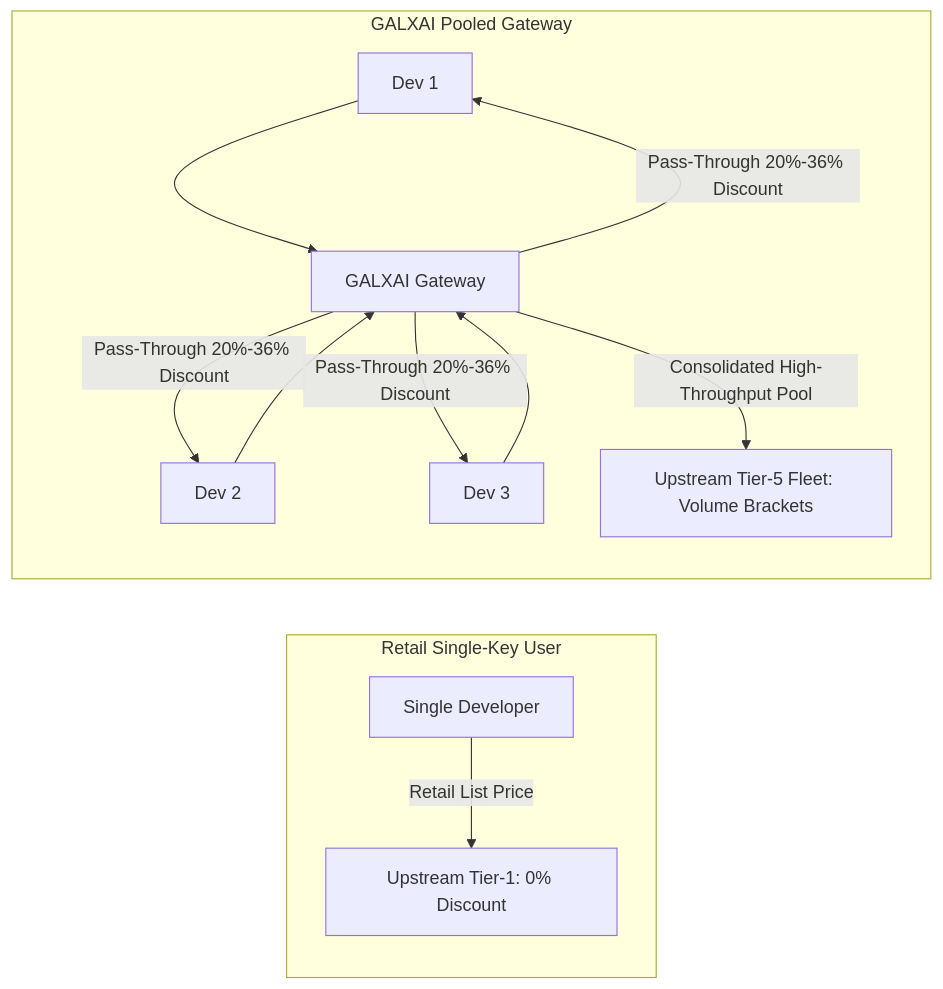
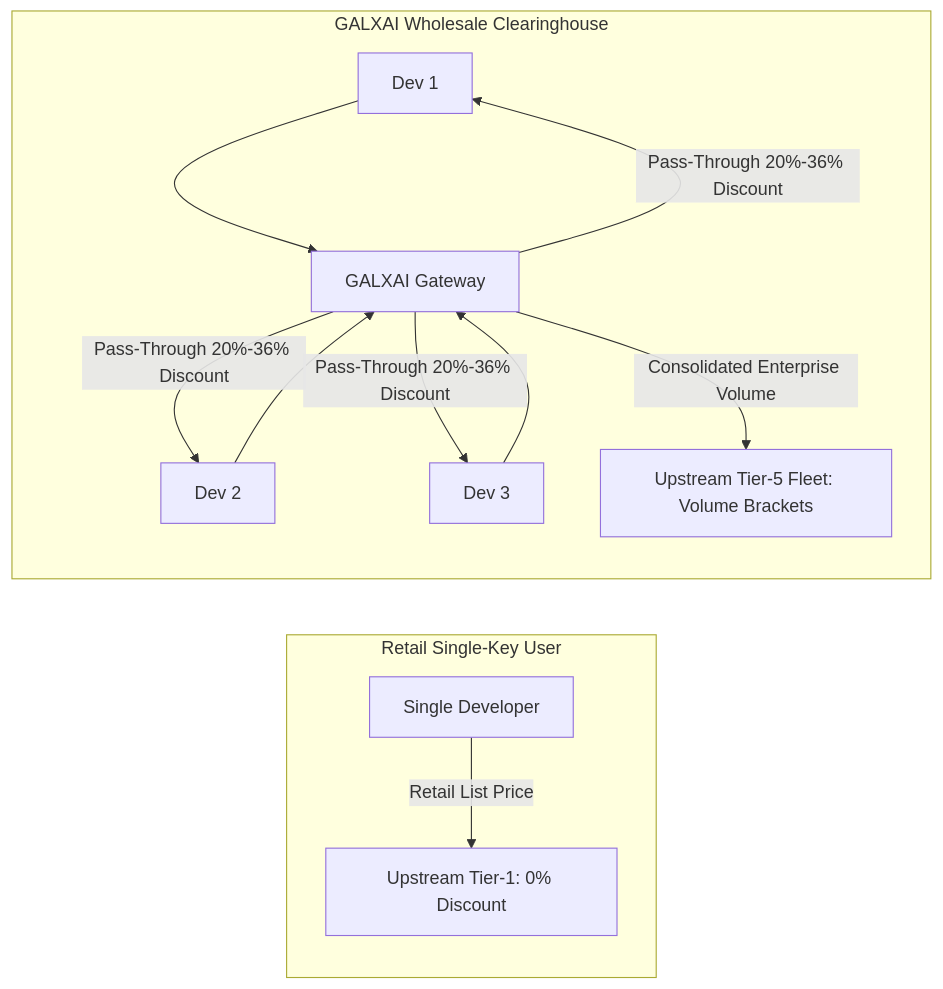
Before and after one commit to CardSorting/GALXAI: the diagram in docs/PRICING_AND_DISCOUNT_STRATEGY.md, drawn with Mermaid. The commit also changed other lines of this file and 18 other files, not shown here.

Commit message:
feat(positioning): streamline wholesale clearinghouse messaging, eliminate pooling jargon, optimize DX and synchronize docs suite

````diff
--- a/docs/PRICING_AND_DISCOUNT_STRATEGY.md
+++ b/docs/PRICING_AND_DISCOUNT_STRATEGY.md
@@ -11,12 +11,12 @@
 ```mermaid
 flowchart LR
     subgraph Retail Single-Key User
         U1[Single Developer] -->|Retail List Price| O1[Upstream Tier-1: 0% Discount]
     end
 
-    subgraph GALXAI Pooled Gateway
+    subgraph GALXAI Wholesale Clearinghouse
         Dev1[Dev 1] & Dev2[Dev 2] & Dev3[Dev 3] --> Gateway[GALXAI Gateway]
-        Gateway -->|Consolidated High-Throughput Pool| O2[Upstream Tier-5 Fleet: Volume Brackets]
+        Gateway -->|Consolidated Enterprise Volume| O2[Upstream Tier-5 Fleet: Volume Brackets]
         Gateway -->|Pass-Through 20%-36% Discount| Dev1 & Dev2 & Dev3
     end
 ```
````
